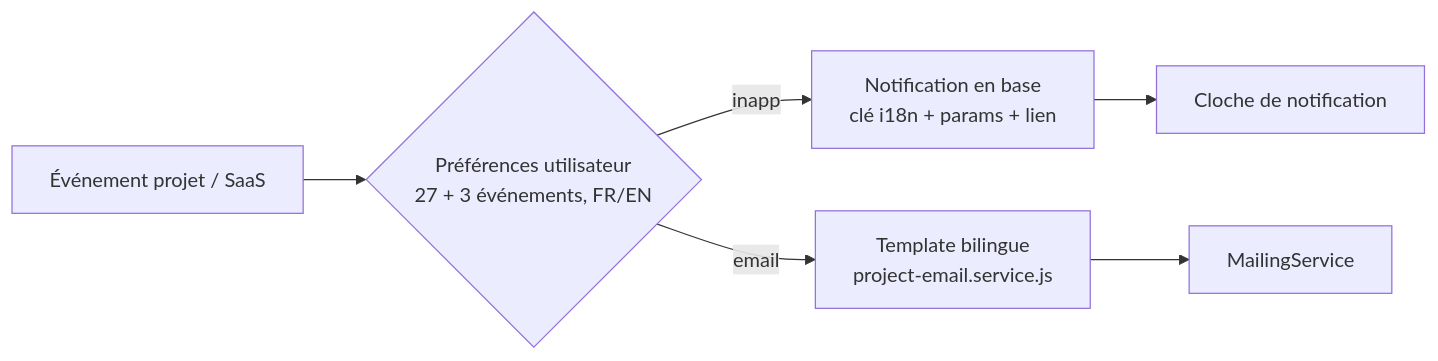
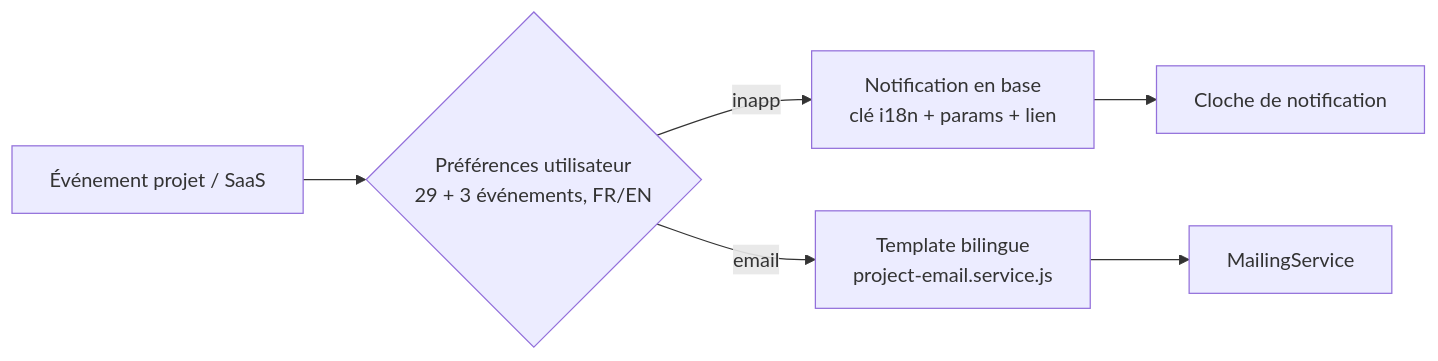
Before and after one commit to prologic-deployment/Fluidity: the fifth of 14 diagrams in docs/project-management-flows.md, drawn with Mermaid. The commit also changed other lines of this file, not shown here.

First line of the commit message:
Docs (A5.3): flows for Fixes 26/28/29/30

````diff
--- a/docs/project-management-flows.md
+++ b/docs/project-management-flows.md
@@ -145,8 +145,8 @@
 ```mermaid
 flowchart LR
-    E[Événement projet / SaaS] --> N{Préférences utilisateur<br/>27 + 3 événements, FR/EN}
+    E[Événement projet / SaaS] --> N{Préférences utilisateur<br/>29 + 3 événements, FR/EN}
     N -- inapp --> I[Notification en base<br/>clé i18n + params + lien]
     N -- email --> M[Template bilingue<br/>project-email.service.js]
     M --> S[MailingService]
     I --> UI[Cloche de notification]
 ```
````
